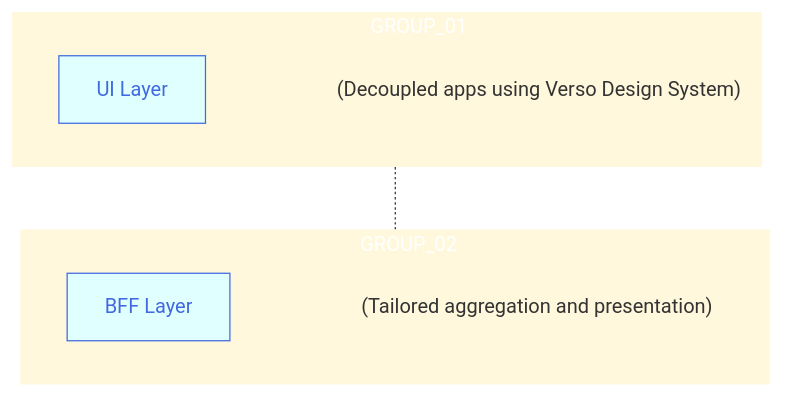
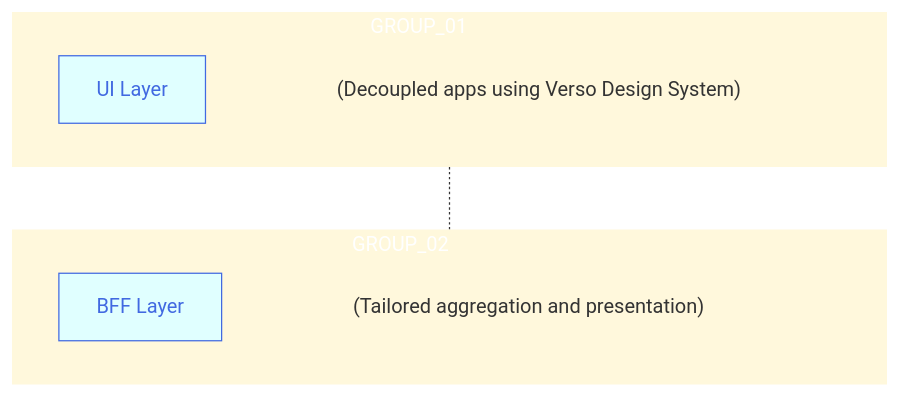
One commit to joe-dorward/samples changed the diagram in buttons_mermaid_v5.md. Above: the diagram before and after it, drawn with Mermaid.

````diff
--- a/buttons_mermaid_v5.md
+++ b/buttons_mermaid_v5.md
@@ -3,42 +3,42 @@
 ```mermaid
   %%{
     init: {
       "flowchart": { "markdownAutoWrap":"false", "textWrap":"false", "wrappingWidth": "100%" }
     }
   }%%
   flowchart TD
 
   classDef Button fill:lightcyan, stroke:royalblue, color:royalblue;
   classDef Note fill:transparent, stroke-width:0px
   %% ---------- ---------- ---------- ---------- ---------- ---------- ---------- ---------- ---------- ----------
   subgraph GROUP_01
     direction LR
 
     BUTTON_01_NOTE["(Decoupled apps using Verso Design System)"]:::Note
     BUTTON_01["UI Layer"]:::Button
     click BUTTON_01 "https://en.wikipedia.org/wiki/Main_Page" _blank
 
     BUTTON_01~~~
     BUTTON_01_NOTE
   end
   %% ---------- ---------- ---------- ---------- ---------- ---------- ---------- ---------- ---------- ----------
   subgraph GROUP_02
     direction LR
 
     BUTTON_02_NOTE["(Tailored aggregation and presentation)"]:::Note
     BUTTON_02["BFF Layer"]:::Button
     click BUTTON_02 "https://en.wikipedia.org/wiki/Main_Page" _blank
 
     BUTTON_02~~~
     BUTTON_02_NOTE
   end
   %% ---------- ---------- ---------- ---------- ---------- ---------- ---------- ---------- ---------- ----------
 
 GROUP_01-.-GROUP_02
 
 %%BUTTON_01-->BUTTON_02
 
-  style GROUP_01 fill:cornsilk, color:white, stroke-width:0px, width: 600px
-  style GROUP_02 fill:cornsilk, color:white, stroke-width:0px, width: 600px
+  style GROUP_01 fill:cornsilk, color:white, stroke-width:0px, width: 700px
+  style GROUP_02 fill:cornsilk, color:white, stroke-width:0px, width: 700px
 
 ```
````
